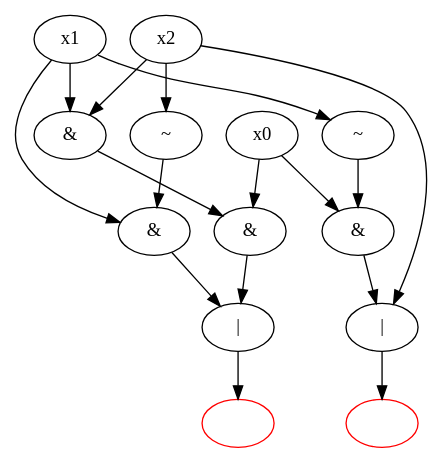
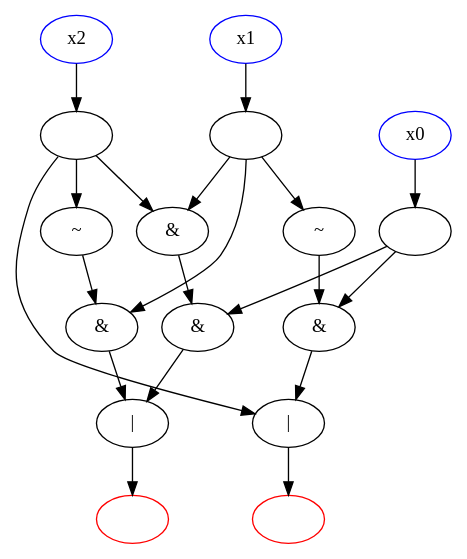
Before and after one commit to Martin-Masson/projet-graphs-python: the diagram in digraph.dot, drawn with Graphviz. The commit also changed 7 other files, not shown here.

```diff
--- a/digraph.dot
+++ b/digraph.dot
@@ -1,33 +1,42 @@
 digraph G {
     v1 [color=red];
     v1 [label=""];
     v0 [label="|"];
     v0 -> v1;
     v2 [label="&"];
     v2 -> v0;
     v4 [label="&"];
     v4 -> v2;
     v7 [label="&"];
     v7 -> v0;
     v9 [label="~"];
     v9 -> v7;
     v12 [color=red];
     v12 [label=""];
     v11 [label="|"];
     v11 -> v12;
     v13 [label="&"];
     v13 -> v11;
-    v14 [label="x0"];
+    v14 [label=""];
     v14 -> v13;
     v14 -> v2;
     v15 [label="~"];
     v15 -> v13;
-    v16 [label="x1"];
+    v16 [label=""];
     v16 -> v15;
     v16 -> v7;
     v16 -> v4;
-    v17 [label="x2"];
+    v17 [label=""];
     v17 -> v11;
     v17 -> v9;
     v17 -> v4;
+    v18 [color=blue];
+    v18 [label="x0"];
+    v18 -> v14;
+    v19 [color=blue];
+    v19 [label="x1"];
+    v19 -> v16;
+    v20 [color=blue];
+    v20 [label="x2"];
+    v20 -> v17;
 }
```
